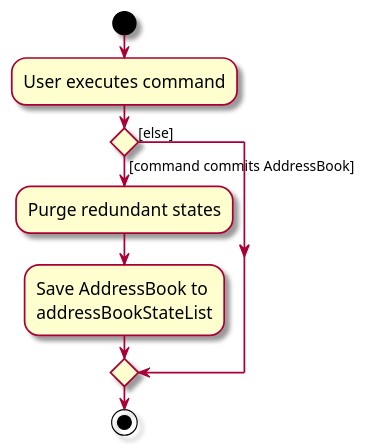
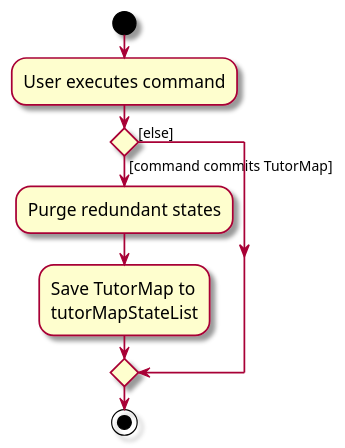
One commit to keiran0/tp changed the diagram in diagrams/CommitActivityDiagram.puml. Above: the diagram before and after it, drawn with PlantUML. The commit also changed 65 other files, not shown here.

```diff
--- a/diagrams/CommitActivityDiagram.puml
+++ b/diagrams/CommitActivityDiagram.puml
@@ -1,18 +1,18 @@
 @startuml
 skin rose
 skinparam ActivityFontSize 15
 skinparam ArrowFontSize 12
 start
 :User executes command;
 
 'Since the beta syntax does not support placing the condition outside the
 'diamond we place it as the true branch instead.
 
-if () then ([command commits AddressBook])
+if () then ([command commits TutorMap])
     :Purge redundant states;
-    :Save AddressBook to
-    addressBookStateList;
+    :Save TutorMap to
+    tutorMapStateList;
 else ([else])
 endif
 stop
 @enduml
```
